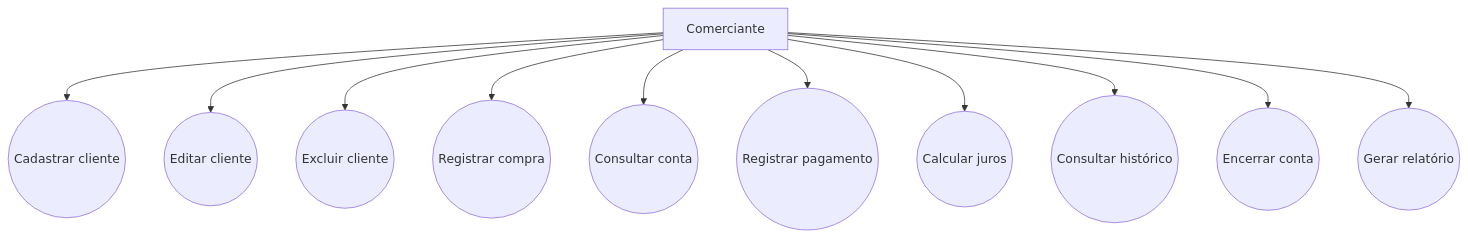
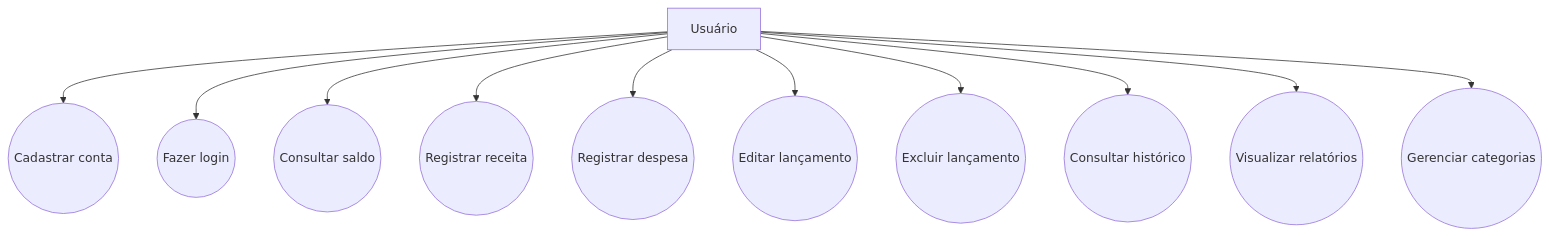
Before and after one commit to Marcus0070/projetoDisciplina: the first of 2 diagrams in README.md, drawn with Mermaid. The commit also changed other lines of this file, not shown here.

````diff
--- a/README.md
+++ b/README.md
@@ -41,13 +41,13 @@
 ```mermaid
 flowchart TD
-    A[Comerciante] --> B((Cadastrar cliente))
-    A --> C((Editar cliente))
-    A --> D((Excluir cliente))
-    A --> E((Registrar compra))
-    A --> F((Consultar conta))
-    A --> G((Registrar pagamento))
-    A --> H((Calcular juros))
+    A[Usuário] --> B((Cadastrar conta))
+    A --> C((Fazer login))
+    A --> D((Consultar saldo))
+    A --> E((Registrar receita))
+    A --> F((Registrar despesa))
+    A --> G((Editar lançamento))
+    A --> H((Excluir lançamento))
     A --> I((Consultar histórico))
-    A --> J((Encerrar conta))
-    A --> K((Gerar relatório))
+    A --> J((Visualizar relatórios))
+    A --> K((Gerenciar categorias))
 ```
````
